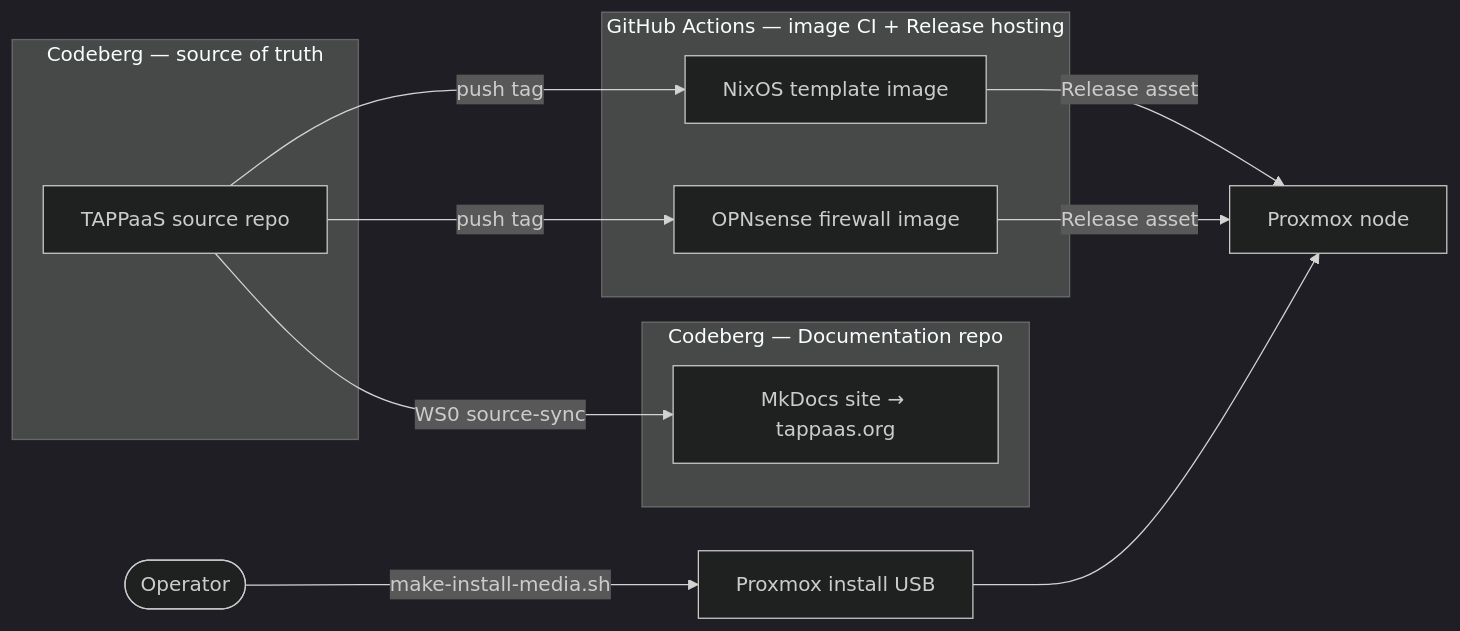
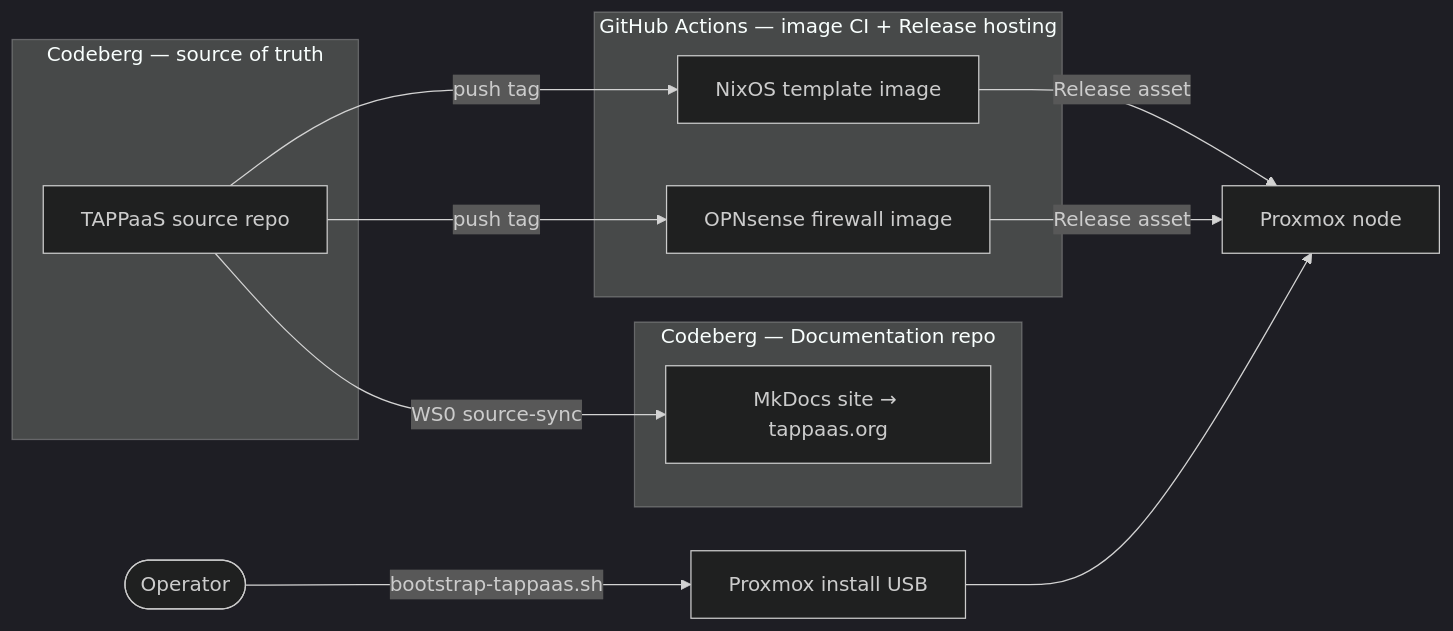
The first of 2 diagrams in BUILD.md (TAPPaaS/TAPPaaS), drawn with Mermaid (dark theme) before and after one commit. The commit also changed other lines of this file and 16 other files, not shown here.

First line of the commit message:
feat(cluster): bootstrap-tappaas.sh, asking what to do first

````diff
--- a/BUILD.md
+++ b/BUILD.md
@@ -18,20 +18,20 @@
 ```mermaid
 flowchart LR
   subgraph Codeberg["Codeberg — source of truth"]
     SRC[TAPPaaS source repo]
   end
   subgraph GH["GitHub Actions — image CI + Release hosting"]
     NIX[NixOS template image]
     OPN[OPNsense firewall image]
   end
   subgraph Docs["Codeberg — Documentation repo"]
     SITE[MkDocs site → tappaas.org]
   end
-  OP([Operator]) -->|make-install-media.sh| USB[Proxmox install USB]
+  OP([Operator]) -->|bootstrap-tappaas.sh| USB[Proxmox install USB]
   SRC -->|push tag| NIX
   SRC -->|push tag| OPN
   SRC -->|WS0 source-sync| SITE
   USB --> PVE[Proxmox node]
   NIX -->|Release asset| PVE
   OPN -->|Release asset| PVE
 ```
````
